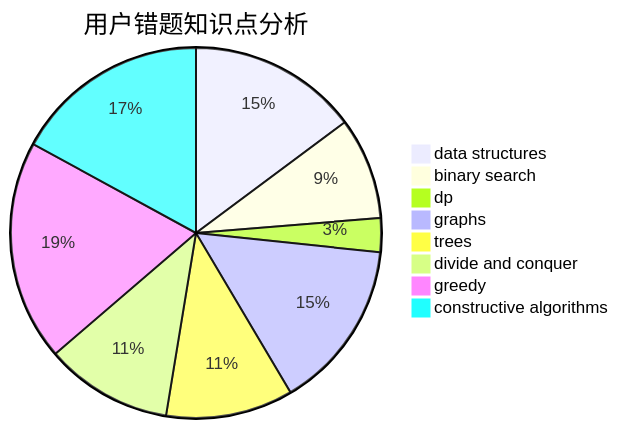
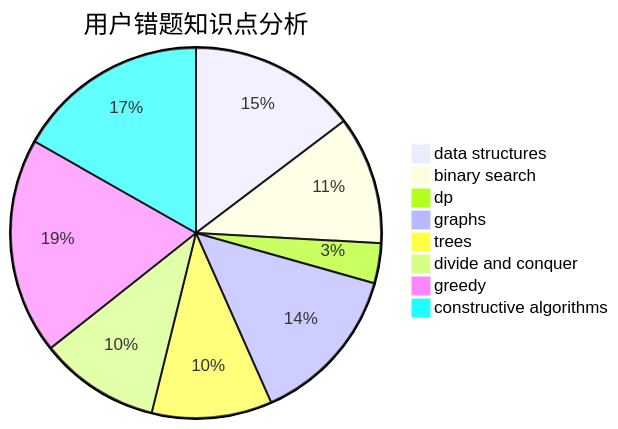
One commit to sherpahu/cfrs.github.io changed the third of 3 diagrams in docs/user/u231.md. Above: the diagram before and after it, drawn with Mermaid. The commit also changed other lines of this file and 2770 other files, not shown here.

````diff
--- a/docs/user/u231.md
+++ b/docs/user/u231.md
@@ -36,11 +36,11 @@
 ```mermaid
 pie title 用户错题知识点分析
-    "data structures" :  20
-    "binary search" :  12
-    "dp" :  4
+    "data structures" :  21
+    "binary search" :  16
+    "dp" :  5
     "graphs" :  20
     "trees" :  15
     "divide and conquer" :  15
-    "greedy" :  26
-    "constructive algorithms" :  23
+    "greedy" :  27
+    "constructive algorithms" :  24
 ```
````
